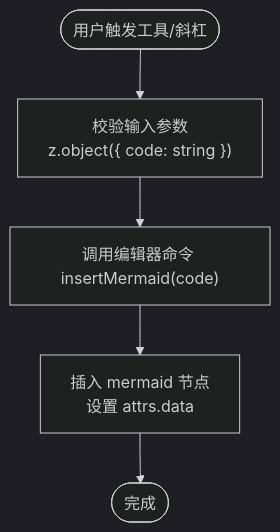
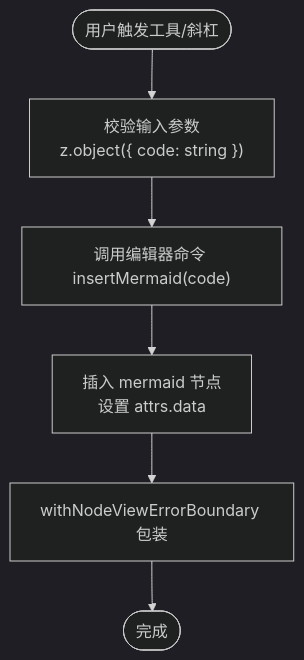
Before and after one commit to LRF0422/Kotion: the fourth of 9 diagrams in .qoder/repowiki/zh/content/功能模块/绘图插件/Mermaid图表插件.md, drawn with Mermaid (dark theme). The commit also changed other lines of this file and 14 other files, not shown here.

````diff
--- a/.qoder/repowiki/zh/content/功能模块/绘图插件/Mermaid图表插件.md
+++ b/.qoder/repowiki/zh/content/功能模块/绘图插件/Mermaid图表插件.md
@@ -185,7 +209,8 @@
 ```mermaid
 flowchart TD
 Start(["用户触发工具/斜杠"]) --> Validate["校验输入参数<br/>z.object({ code: string })"]
 Validate --> Insert["调用编辑器命令 insertMermaid(code)"]
 Insert --> NodeInsert["插入 mermaid 节点<br/>设置 attrs.data"]
-NodeInsert --> End(["完成"])
+NodeInsert --> WrapErrorBoundary["withNodeViewErrorBoundary 包装"]
+WrapErrorBoundary --> End(["完成"])
 ```
````
